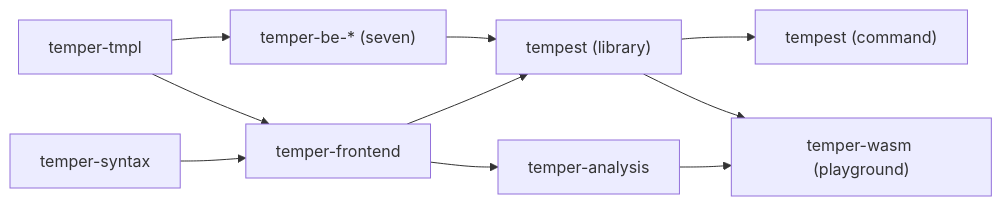
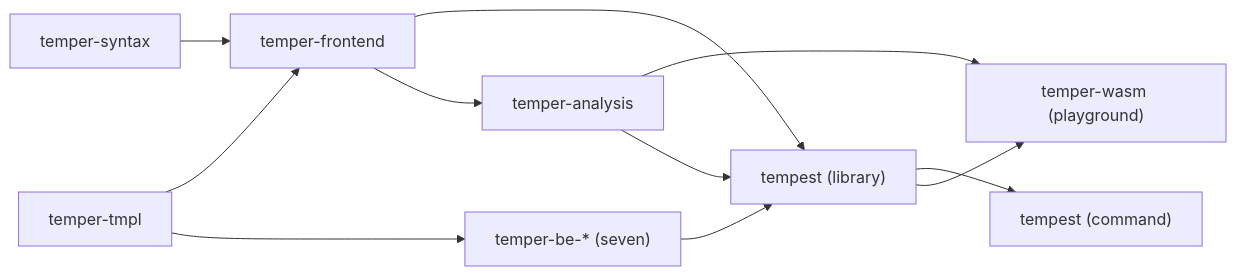
One commit to temperlang/tempest changed the second of 2 diagrams in docs/internals/README.md. Above: the diagram before and after it, drawn with Mermaid. The commit also changed other lines of this file and 45 other files, not shown here.

````diff
--- a/docs/internals/README.md
+++ b/docs/internals/README.md
@@ -47,12 +47,13 @@
 ```mermaid
 flowchart LR
   syntax["temper-syntax"] --> frontend["temper-frontend"]
   tmplc["temper-tmpl"] --> frontend
   tmplc --> be["temper-be-* (seven)"]
   frontend --> lib["tempest (library)"]
   frontend --> analysis["temper-analysis"]
   analysis --> wasm
+  analysis --> lib
   be --> lib
   lib --> cli["tempest (command)"]
   lib --> wasm["temper-wasm (playground)"]
 ```
````
